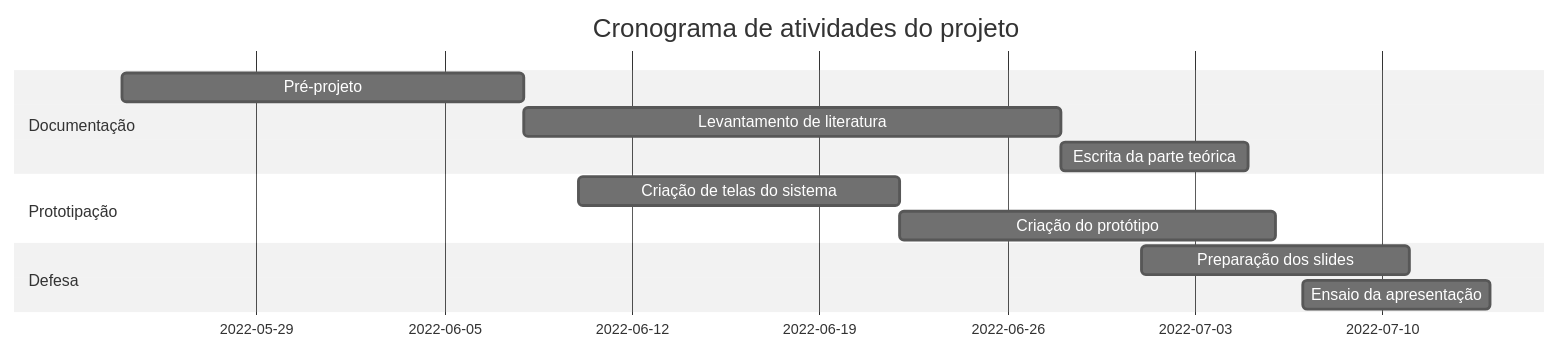
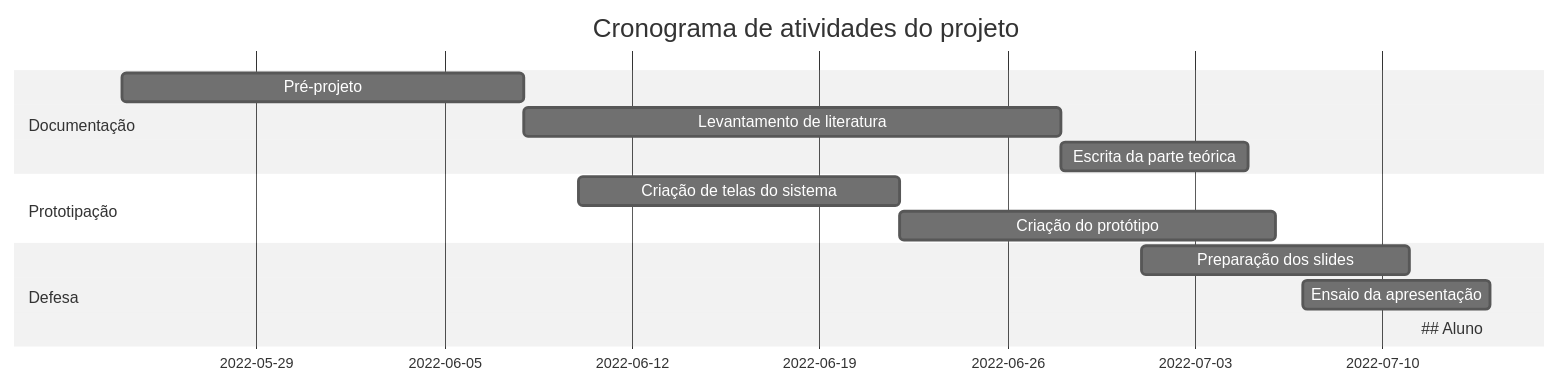
One commit to Ricvidal/CronogramaMarkdown changed the diagram in README.md. Above: the diagram before and after it, drawn with Mermaid (neutral theme). The commit also changed other lines of this file, not shown here.

````diff
--- a/README.md
+++ b/README.md
@@ -3,15 +3,16 @@
 ```mermaid
     gantt
     title Cronograma de atividades do projeto
     dateFormat  YYYY-MM-DD
     section Documentação
     Pré-projeto     :a1, 2022-05-24, 15d
     Levantamento de literatura   :a2,after a1  , 20d
     Escrita da parte teórica  :a3,after a2, 7d
     section Prototipação
     Criação de telas do sistema     :c2,2022-06-10  , 12d
     Criação do protótipo      :c3,after c2, 14d
     section Defesa
     Preparação dos slides :p1, 2022-07-01, 10d
-    Ensaio da apresentação :p2, 2022-07-07, 7d   
+    Ensaio da apresentação :p2, 2022-07-07, 7d
+    ## Aluno: José Ricardo Quintino Vidal
 ```
````
